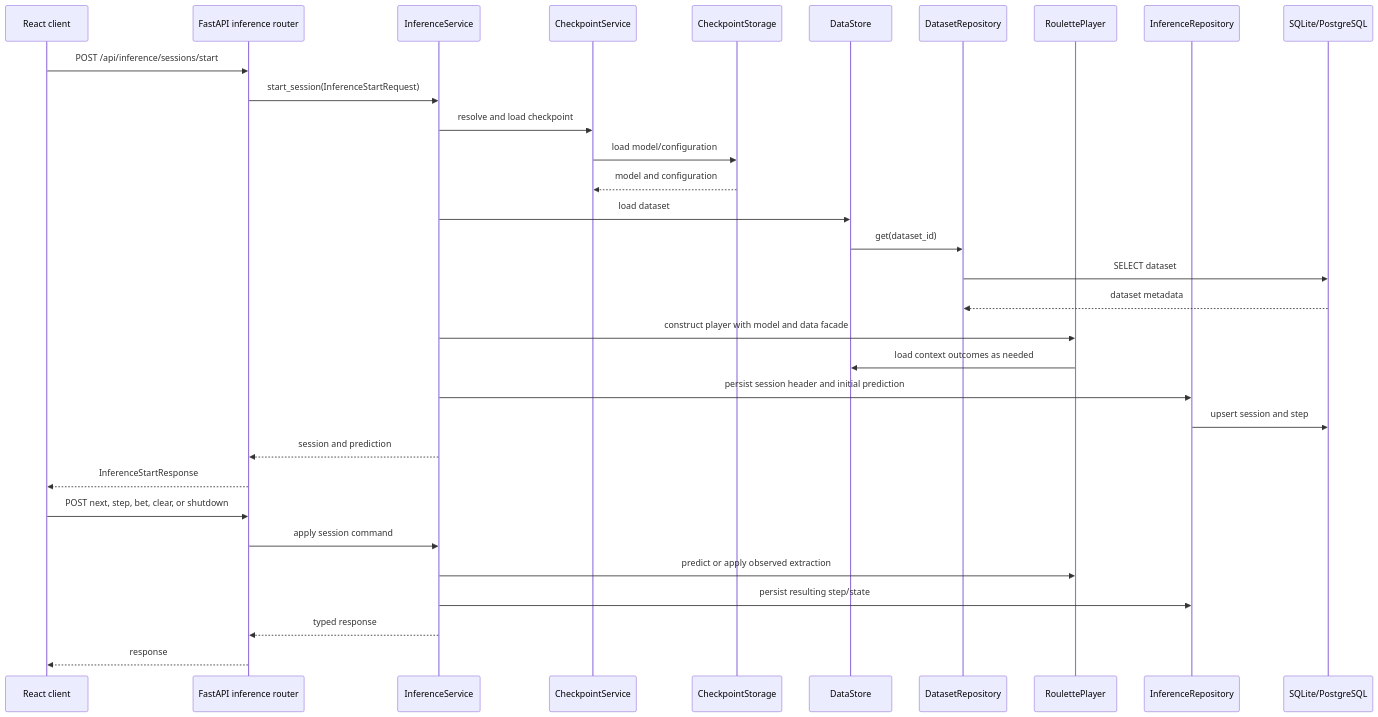
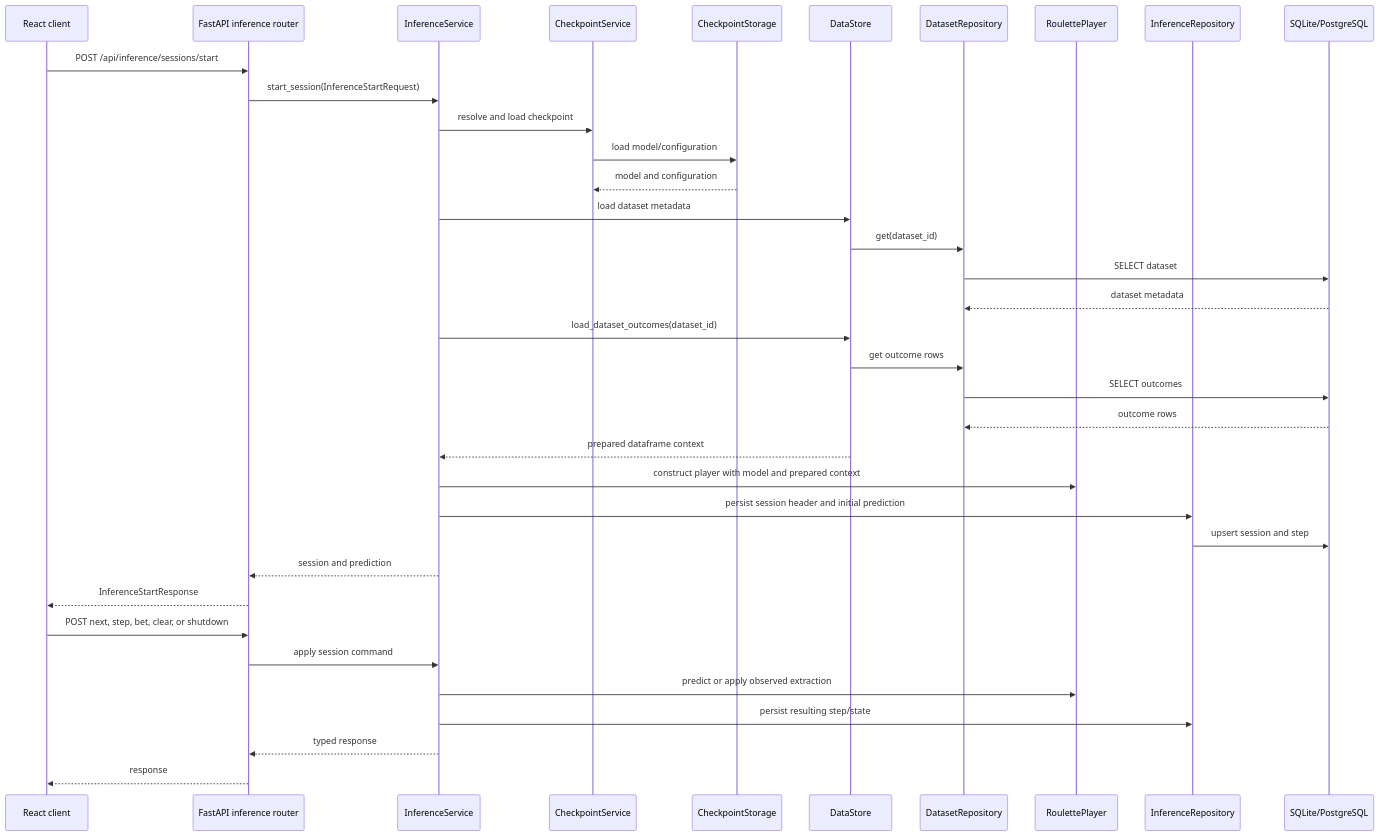
Before and after one commit to CTCycle/FAIRS-Roulette-Player: the fourth of 5 diagrams in assets/docs/architecture/execution_and_data_flow.md, drawn with Mermaid. The commit also changed other lines of this file and 2 other files, not shown here.

````diff
--- a/assets/docs/architecture/execution_and_data_flow.md
+++ b/assets/docs/architecture/execution_and_data_flow.md
@@ -155,35 +154,39 @@
 ```mermaid
 sequenceDiagram
     participant Client as React client
     participant API as FastAPI inference router
     participant Service as InferenceService
     participant Checkpoint as CheckpointService
     participant Model as CheckpointStorage
     participant Data as DataStore
     participant Dataset as DatasetRepository
     participant Player as RoulettePlayer
     participant Repo as InferenceRepository
     participant DB as SQLite/PostgreSQL
 
     Client->>API: POST /api/inference/sessions/start
     API->>Service: start_session(InferenceStartRequest)
     Service->>Checkpoint: resolve and load checkpoint
     Checkpoint->>Model: load model/configuration
     Model-->>Checkpoint: model and configuration
-    Service->>Data: load dataset
+    Service->>Data: load dataset metadata
     Data->>Dataset: get(dataset_id)
     Dataset->>DB: SELECT dataset
     DB-->>Dataset: dataset metadata
-    Service->>Player: construct player with model and data facade
-    Player->>Data: load context outcomes as needed
+    Service->>Data: load_dataset_outcomes(dataset_id)
+    Data->>Dataset: get outcome rows
+    Dataset->>DB: SELECT outcomes
+    DB-->>Dataset: outcome rows
+    Data-->>Service: prepared dataframe context
+    Service->>Player: construct player with model and prepared context
     Service->>Repo: persist session header and initial prediction
     Repo->>DB: upsert session and step
     Service-->>API: session and prediction
     API-->>Client: InferenceStartResponse
     Client->>API: POST next, step, bet, clear, or shutdown
     API->>Service: apply session command
     Service->>Player: predict or apply observed extraction
     Service->>Repo: persist resulting step/state
     Service-->>API: typed response
     API-->>Client: response
 ```
````
